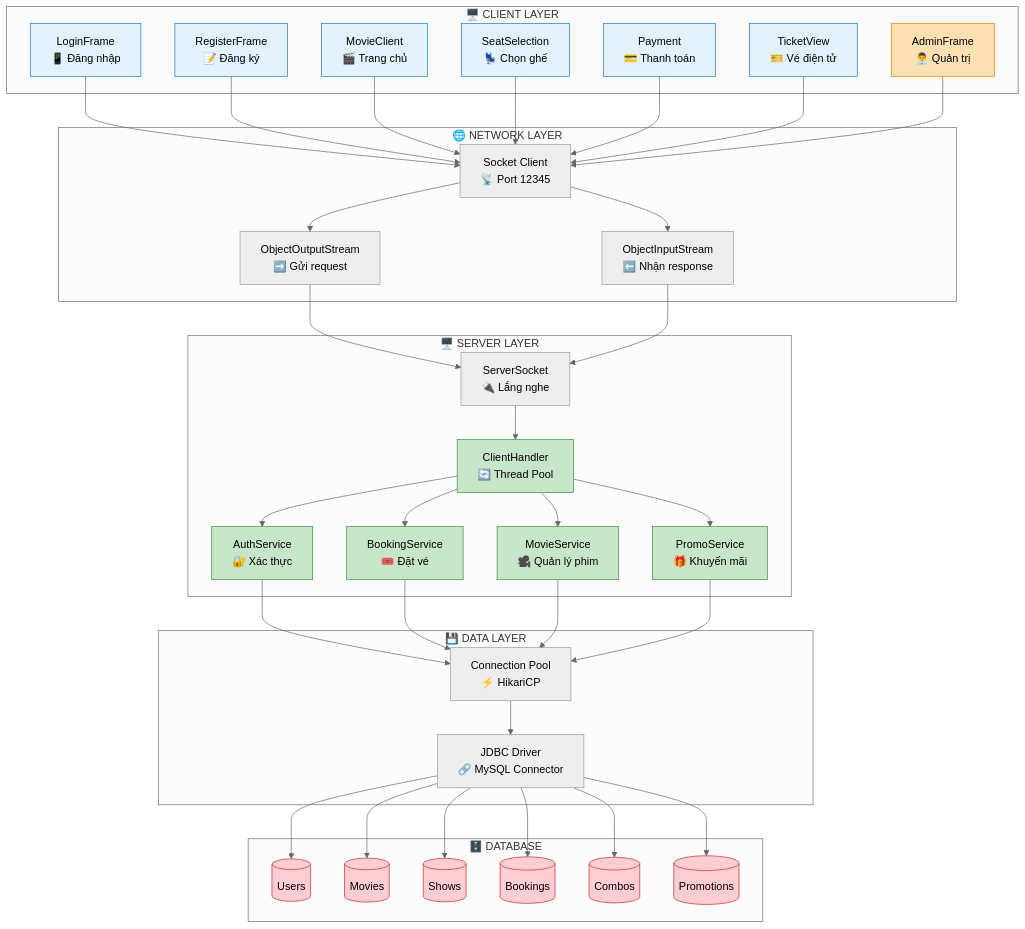
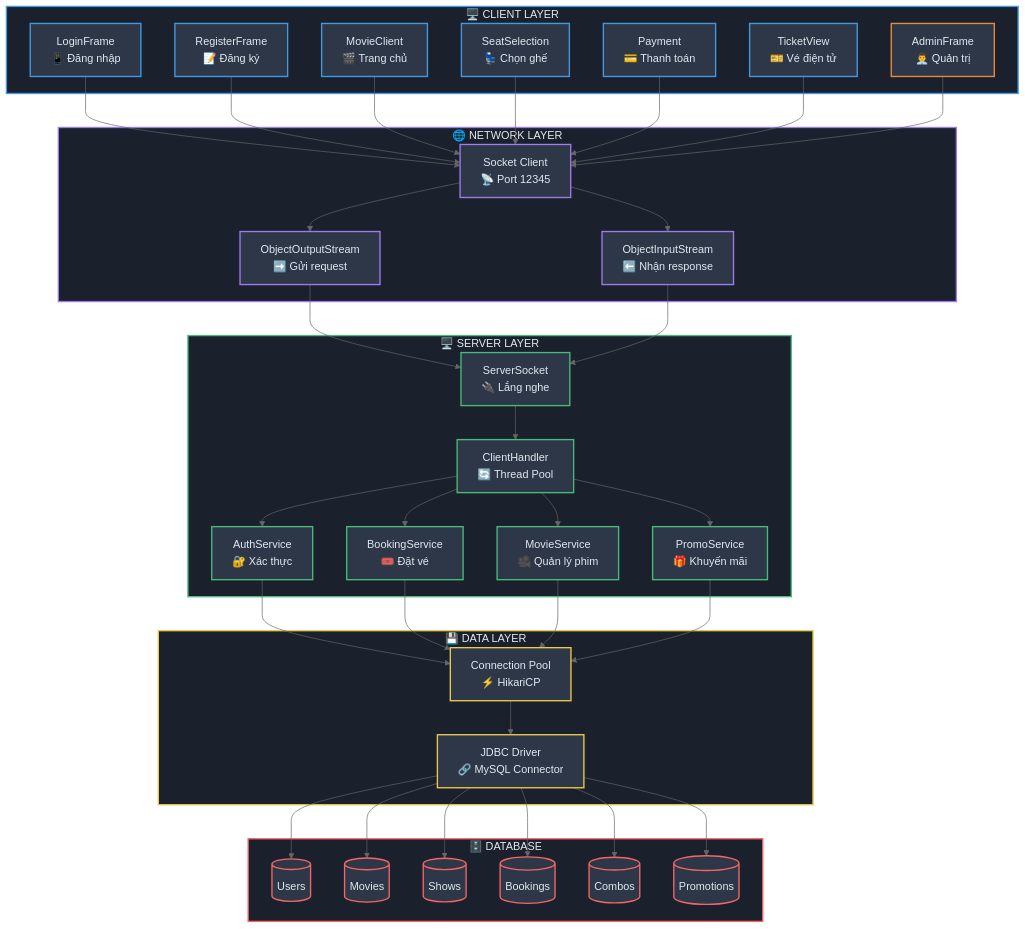
The third of 3 diagrams in README.md (phamthihongngoc/dang_ky_xem_phim), drawn with Mermaid (neutral theme) before and after one commit. The commit also changed other lines of this file, not shown here.

````diff
--- a/README.md
+++ b/README.md
@@ -154,69 +155,80 @@
 ```mermaid
 graph TB
-    subgraph "🖥️ CLIENT LAYER"
-        A1[LoginFrame<br/>📱 Đăng nhập]
-        A2[RegisterFrame<br/>📝 Đăng ký]
-        A3[MovieClient<br/>🎬 Trang chủ]
-        A4[SeatSelection<br/>💺 Chọn ghế]
-        A5[Payment<br/>💳 Thanh toán]
-        A6[TicketView<br/>🎫 Vé điện tử]
-        A7[AdminFrame<br/>👨‍💼 Quản trị]
+    subgraph CLIENT["🖥️ CLIENT LAYER"]
+        A1["LoginFrame<br/>📱 Đăng nhập"]
+        A2["RegisterFrame<br/>📝 Đăng ký"]
+        A3["MovieClient<br/>🎬 Trang chủ"]
+        A4["SeatSelection<br/>💺 Chọn ghế"]
+        A5["Payment<br/>💳 Thanh toán"]
+        A6["TicketView<br/>🎫 Vé điện tử"]
+        A7["AdminFrame<br/>👨‍💼 Quản trị"]
     end
     
-    subgraph "🌐 NETWORK LAYER"
-        B1[Socket Client<br/>📡 Port 12345]
-        B2[ObjectOutputStream<br/>➡️ Gửi request]
-        B3[ObjectInputStream<br/>⬅️ Nhận response]
+    subgraph NETWORK["🌐 NETWORK LAYER"]
+        B1["Socket Client<br/>📡 Port 12345"]
+        B2["ObjectOutputStream<br/>➡️ Gửi request"]
+        B3["ObjectInputStream<br/>⬅️ Nhận response"]
     end
     
-    subgraph "🖥️ SERVER LAYER"
-        C1[ServerSocket<br/>🔌 Lắng nghe]
-        C2[ClientHandler<br/>🔄 Thread Pool]
-        C3[AuthService<br/>🔐 Xác thực]
-        C4[BookingService<br/>🎟️ Đặt vé]
-        C5[MovieService<br/>🎥 Quản lý phim]
-        C6[PromoService<br/>🎁 Khuyến mãi]
+    subgraph SERVER["🖥️ SERVER LAYER"]
+        C1["ServerSocket<br/>🔌 Lắng nghe"]
+        C2["ClientHandler<br/>🔄 Thread Pool"]
+        C3["AuthService<br/>🔐 Xác thực"]
+        C4["BookingService<br/>🎟️ Đặt vé"]
+        C5["MovieService<br/>🎥 Quản lý phim"]
+        C6["PromoService<br/>🎁 Khuyến mãi"]
     end
     
-    subgraph "💾 DATA LAYER"
-        D1[Connection Pool<br/>⚡ HikariCP]
-        D2[JDBC Driver<br/>🔗 MySQL Connector]
+    subgraph DATA["💾 DATA LAYER"]
+        D1["Connection Pool<br/>⚡ HikariCP"]
+        D2["JDBC Driver<br/>🔗 MySQL Connector"]
     end
     
-    subgraph "🗄️ DATABASE"
-        E1[(Users)]
-        E2[(Movies)]
-        E3[(Shows)]
-        E4[(Bookings)]
-        E5[(Combos)]
-        E6[(Promotions)]
+    subgraph DB["🗄️ DATABASE"]
+        E1[("Users")]
+        E2[("Movies")]
+        E3[("Shows")]
+        E4[("Bookings")]
+        E5[("Combos")]
+        E6[("Promotions")]
     end
     
     A1 & A2 & A3 & A4 & A5 & A6 & A7 --> B1
     B1 --> B2 & B3
     B2 & B3 --> C1
     C1 --> C2
     C2 --> C3 & C4 & C5 & C6
     C3 & C4 & C5 & C6 --> D1
     D1 --> D2
     D2 --> E1 & E2 & E3 & E4 & E5 & E6
     
-    style A1 fill:#E3F2FD,stroke:#1976D2
-    style A2 fill:#E3F2FD,stroke:#1976D2
-    style A3 fill:#E3F2FD,stroke:#1976D2
-    style A4 fill:#E3F2FD,stroke:#1976D2
-    style A5 fill:#E3F2FD,stroke:#1976D2
-    style A6 fill:#E3F2FD,stroke:#1976D2
-    style A7 fill:#FFE0B2,stroke:#F57C00
-    style C2 fill:#C8E6C9,stroke:#388E3C
-    style C3 fill:#C8E6C9,stroke:#388E3C
-    style C4 fill:#C8E6C9,stroke:#388E3C
-    style C5 fill:#C8E6C9,stroke:#388E3C
-    style C6 fill:#C8E6C9,stroke:#388E3C
-    style E1 fill:#FFCDD2,stroke:#C62828
-    style E2 fill:#FFCDD2,stroke:#C62828
-    style E3 fill:#FFCDD2,stroke:#C62828
-    style E4 fill:#FFCDD2,stroke:#C62828
-    style E5 fill:#FFCDD2,stroke:#C62828
-    style E6 fill:#FFCDD2,stroke:#C62828
+    style A1 fill:#2d3748,stroke:#4299e1,stroke-width:2px,color:#e2e8f0
+    style A2 fill:#2d3748,stroke:#4299e1,stroke-width:2px,color:#e2e8f0
+    style A3 fill:#2d3748,stroke:#4299e1,stroke-width:2px,color:#e2e8f0
+    style A4 fill:#2d3748,stroke:#4299e1,stroke-width:2px,color:#e2e8f0
+    style A5 fill:#2d3748,stroke:#4299e1,stroke-width:2px,color:#e2e8f0
+    style A6 fill:#2d3748,stroke:#4299e1,stroke-width:2px,color:#e2e8f0
+    style A7 fill:#2d3748,stroke:#ed8936,stroke-width:2px,color:#e2e8f0
+    style B1 fill:#2d3748,stroke:#9f7aea,stroke-width:2px,color:#e2e8f0
+    style B2 fill:#2d3748,stroke:#9f7aea,stroke-width:2px,color:#e2e8f0
+    style B3 fill:#2d3748,stroke:#9f7aea,stroke-width:2px,color:#e2e8f0
+    style C1 fill:#2d3748,stroke:#48bb78,stroke-width:2px,color:#e2e8f0
+    style C2 fill:#2d3748,stroke:#48bb78,stroke-width:2px,color:#e2e8f0
+    style C3 fill:#2d3748,stroke:#48bb78,stroke-width:2px,color:#e2e8f0
+    style C4 fill:#2d3748,stroke:#48bb78,stroke-width:2px,color:#e2e8f0
+    style C5 fill:#2d3748,stroke:#48bb78,stroke-width:2px,color:#e2e8f0
+    style C6 fill:#2d3748,stroke:#48bb78,stroke-width:2px,color:#e2e8f0
+    style D1 fill:#2d3748,stroke:#ecc94b,stroke-width:2px,color:#e2e8f0
+    style D2 fill:#2d3748,stroke:#ecc94b,stroke-width:2px,color:#e2e8f0
+    style E1 fill:#2d3748,stroke:#f56565,stroke-width:2px,color:#e2e8f0
+    style E2 fill:#2d3748,stroke:#f56565,stroke-width:2px,color:#e2e8f0
+    style E3 fill:#2d3748,stroke:#f56565,stroke-width:2px,color:#e2e8f0
+    style E4 fill:#2d3748,stroke:#f56565,stroke-width:2px,color:#e2e8f0
+    style E5 fill:#2d3748,stroke:#f56565,stroke-width:2px,color:#e2e8f0
+    style E6 fill:#2d3748,stroke:#f56565,stroke-width:2px,color:#e2e8f0
+    style CLIENT fill:#1a202c,stroke:#4299e1,stroke-width:2px,color:#e2e8f0
+    style NETWORK fill:#1a202c,stroke:#9f7aea,stroke-width:2px,color:#e2e8f0
+    style SERVER fill:#1a202c,stroke:#48bb78,stroke-width:2px,color:#e2e8f0
+    style DATA fill:#1a202c,stroke:#ecc94b,stroke-width:2px,color:#e2e8f0
+    style DB fill:#1a202c,stroke:#f56565,stroke-width:2px,color:#e2e8f0
 ```
````
